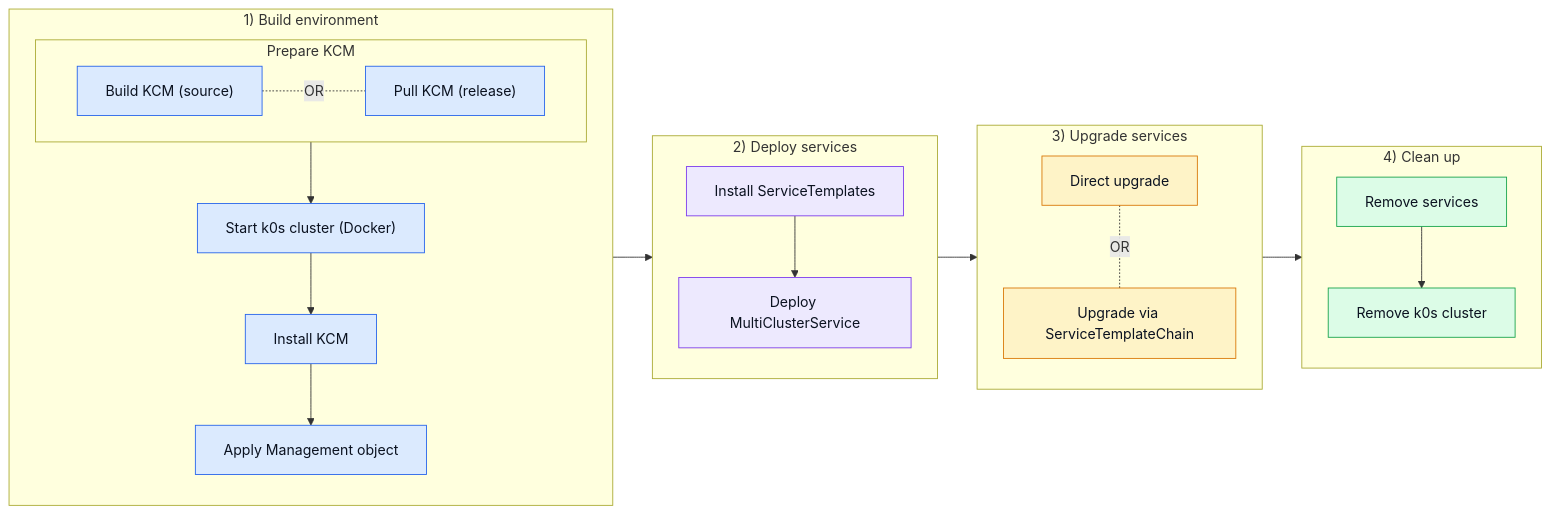
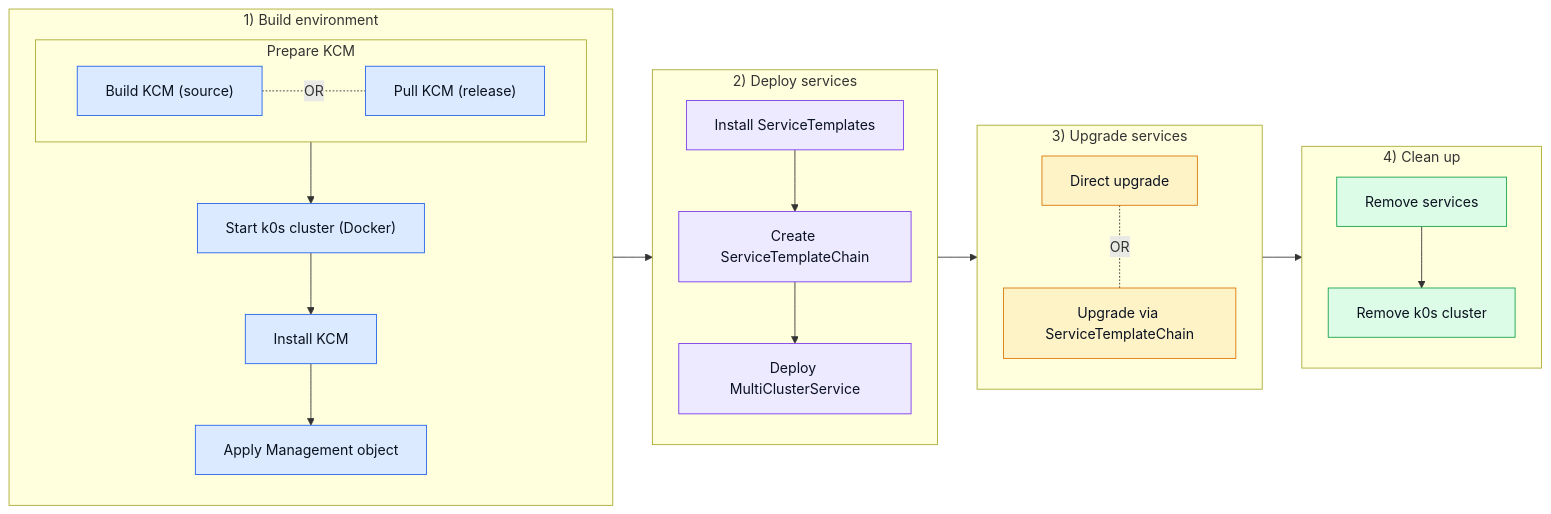
Before and after one commit to josef-hak/ksm-tests: the diagram in README.md, drawn with Mermaid. The commit also changed 3 other files, not shown here.

Commit message:
docs: one box per ServiceTemplate, chain step in the overall schema

````diff
--- a/README.md
+++ b/README.md
@@ -12,42 +12,42 @@
 ```mermaid
 %%{init: {'flowchart': {'padding': 16, 'nodeSpacing': 40, 'rankSpacing': 45}}}%%
 flowchart LR
     subgraph P1["1) Build environment"]
         direction TB
         subgraph KCMSRC["Prepare KCM"]
             direction LR
             E1["Build KCM (source)"] -. "OR" .- E2["Pull KCM (release)"]
         end
         E3["Start k0s cluster (Docker)"]
         E4["Install KCM"]
         E5["Apply Management object"]
         KCMSRC --> E3 --> E4 --> E5
     end
 
     subgraph P2["2) Deploy services"]
         direction TB
-        D1["Install ServiceTemplates"] --> D2["Deploy MultiClusterService"]
+        D1["Install ServiceTemplates"] --> D3["Create ServiceTemplateChain"] --> D2["Deploy MultiClusterService"]
     end
 
     subgraph P3["3) Upgrade services"]
         direction TB
         U1["Direct upgrade"] -. "OR" .- U2["Upgrade via ServiceTemplateChain"]
     end
 
     subgraph P4["4) Clean up"]
         direction TB
         C1["Remove services"] --> C2["Remove k0s cluster"]
     end
 
     P1 --> P2 --> P3 --> P4
 
     classDef env fill:#dbeafe,stroke:#2563eb,color:#0b1220
     classDef dep fill:#ede9fe,stroke:#7c3aed,color:#0b1220
     classDef upg fill:#fef3c7,stroke:#d97706,color:#0b1220
     classDef out fill:#dcfce7,stroke:#16a34a,color:#0b1220
 
     class E1,E2,E3,E4,E5 env
-    class D1,D2 dep
+    class D1,D2,D3 dep
     class U1,U2 upg
     class C1,C2 out
 ```
````
